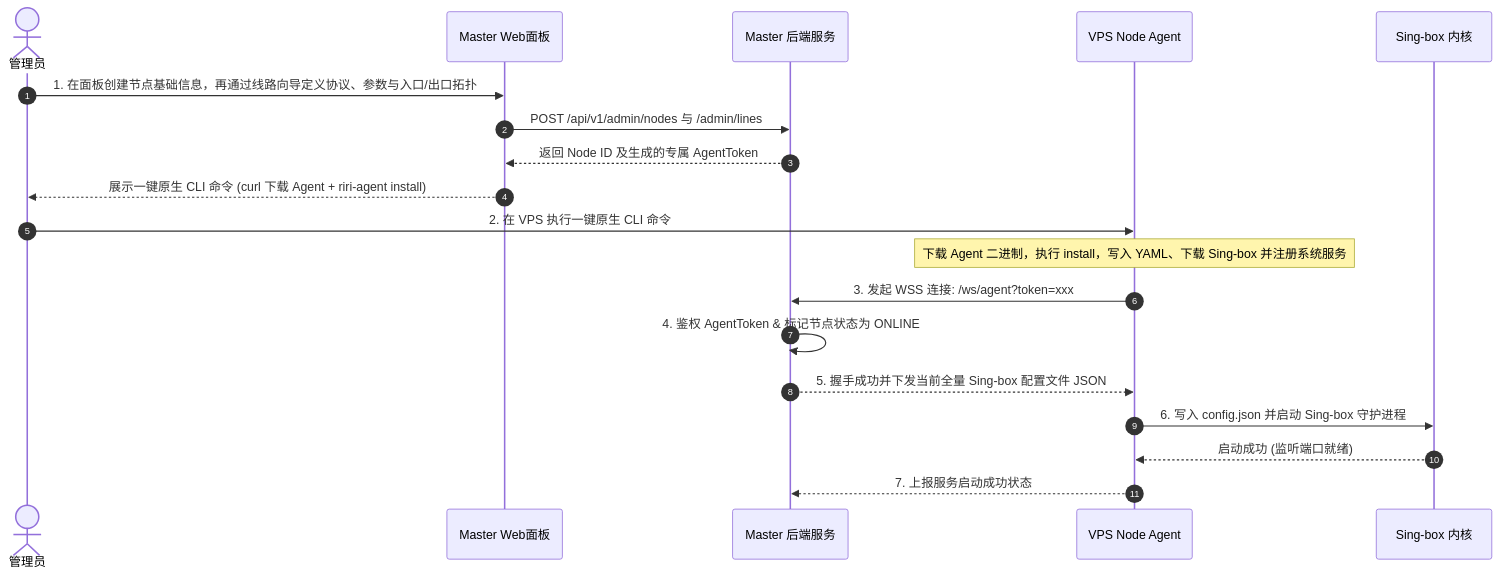
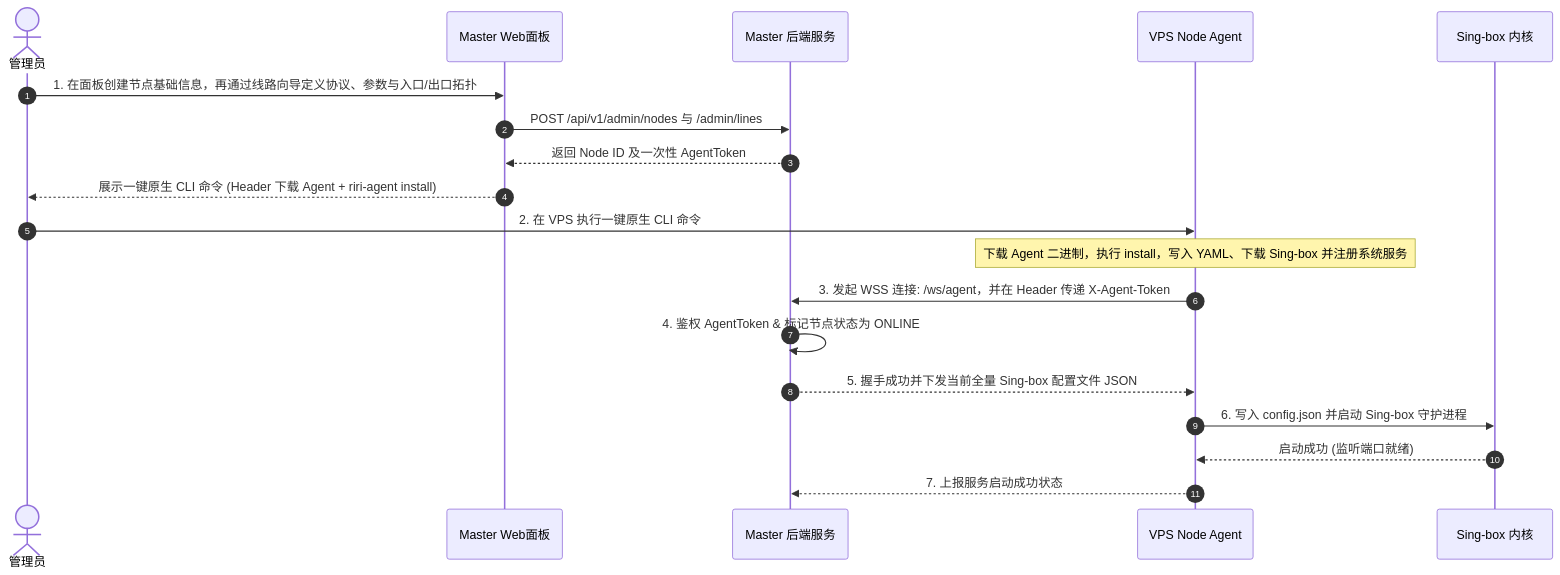
The second of 5 diagrams in docs/ARCHITECTURE.md (Nanako660/riricloud), drawn with Mermaid before and after one commit. The commit also changed other lines of this file and 153 other files, not shown here.

````diff
--- a/docs/ARCHITECTURE.md
+++ b/docs/ARCHITECTURE.md
@@ -108,23 +108,23 @@
 ```mermaid
 sequenceDiagram
     autonumber
     actor Admin as 管理员
     participant Web as Master Web面板
     participant Master as Master 后端服务
     participant Agent as VPS Node Agent
     participant Singbox as Sing-box 内核
 
     Admin->>Web: 1. 在面板创建节点基础信息，再通过线路向导定义协议、参数与入口/出口拓扑
     Web->>Master: POST /api/v1/admin/nodes 与 /admin/lines
-    Master-->>Web: 返回 Node ID 及生成的专属 AgentToken
-    Web-->>Admin: 展示一键原生 CLI 命令 (curl 下载 Agent + riri-agent install)
+    Master-->>Web: 返回 Node ID 及一次性 AgentToken
+    Web-->>Admin: 展示一键原生 CLI 命令 (Header 下载 Agent + riri-agent install)
     
     Admin->>Agent: 2. 在 VPS 执行一键原生 CLI 命令
     Note over Agent: 下载 Agent 二进制，执行 install，写入 YAML、下载 Sing-box 并注册系统服务
-    Agent->>Master: 3. 发起 WSS 连接: /ws/agent?token=xxx
+    Agent->>Master: 3. 发起 WSS 连接: /ws/agent，并在 Header 传递 X-Agent-Token
     Master->>Master: 4. 鉴权 AgentToken & 标记节点状态为 ONLINE
     Master-->>Agent: 5. 握手成功并下发当前全量 Sing-box 配置文件 JSON
     Agent->>Singbox: 6. 写入 config.json 并启动 Sing-box 守护进程
     Singbox-->>Agent: 启动成功 (监听端口就绪)
     Agent-->>Master: 7. 上报服务启动成功状态
 ```
````
